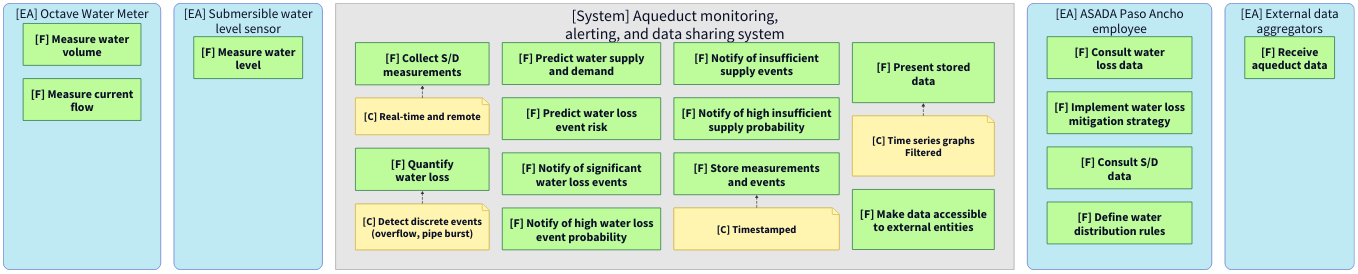
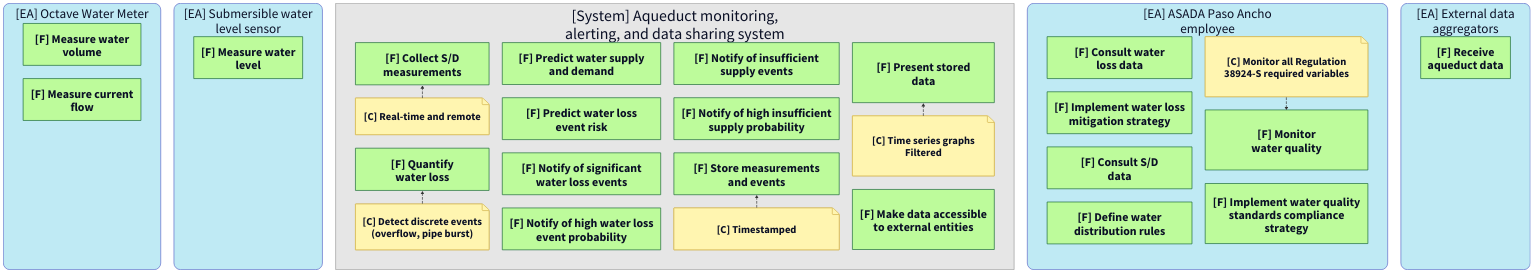
One commit to DeltaLabo/ASADA_Paso_Ancho changed the diagram in se/SA/system_architecture.d2. Above: the diagram before and after it, drawn with D2. The commit also changed 59 other files, not shown here.

```diff
--- a/se/SA/system_architecture.d2
+++ b/se/SA/system_architecture.d2
@@ -183,7 +183,7 @@
   class: ea
   shape: rectangle
   direction: down
-  grid-columns: 1
+  grid-columns: 2
 
   consult_wl: "[F] Consult water\nloss data" {
     class: func
@@ -200,6 +200,22 @@
   define_rules: "[F] Define water\ndistribution rules" {
     class: func
     shape: rectangle
+  }
+  c_quality_vars: "[C] Monitor all Regulation\n38924-S required variables" {
+    class: note
+    shape: page
+  }
+  monitor_quality: "[F] Monitor\nwater quality" {
+    class: func
+    shape: rectangle
+  }
+  implement_quality_compliance: "[F] Implement water quality\nstandards compliance\nstrategy" {
+    class: func
+    shape: rectangle
+  }
+
+  c_quality_vars -> monitor_quality: {
+    class: cstr
   }
 }
 
```
